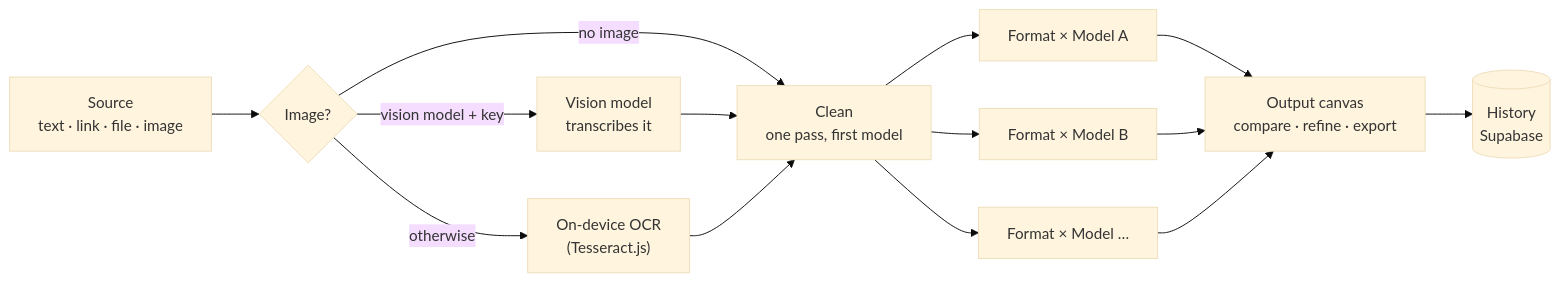
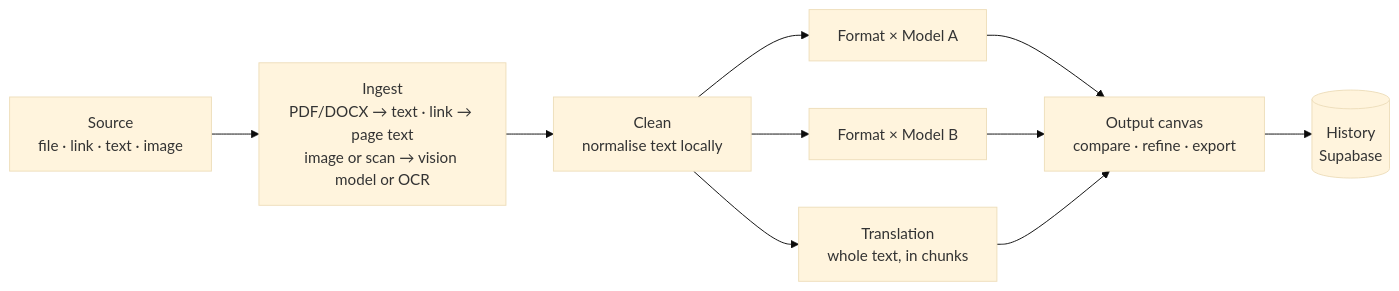
The first of 3 diagrams in README.md (SiddharthDevmurari/SankShep.ai), drawn with Mermaid (base theme) before and after one commit. The commit also changed other lines of this file, not shown here.

````diff
--- a/README.md
+++ b/README.md
@@ -48,16 +120,12 @@
 ```mermaid
 flowchart LR
-    A["Source<br/>text · link · file · image"] --> B{"Image?"}
-    B -- "vision model + key" --> C["Vision model<br/>transcribes it"]
-    B -- "otherwise" --> D["On-device OCR<br/>(Tesseract.js)"]
-    B -- "no image" --> E
-    C --> E["Clean<br/>one pass, first model"]
-    D --> E
-    E --> F1["Format × Model A"]
-    E --> F2["Format × Model B"]
-    E --> F3["Format × Model …"]
+    A["Source<br/>file · link · text · image"] --> B["Ingest<br/>PDF/DOCX → text · link → page text<br/>image or scan → vision model or OCR"]
+    B --> C["Clean<br/>normalise text locally"]
+    C --> F1["Format × Model A"]
+    C --> F2["Format × Model B"]
+    C --> F3["Translation<br/>whole text, in chunks"]
     F1 --> G["Output canvas<br/>compare · refine · export"]
     F2 --> G
     F3 --> G
     G --> H[("History<br/>Supabase")]
 ```
````
